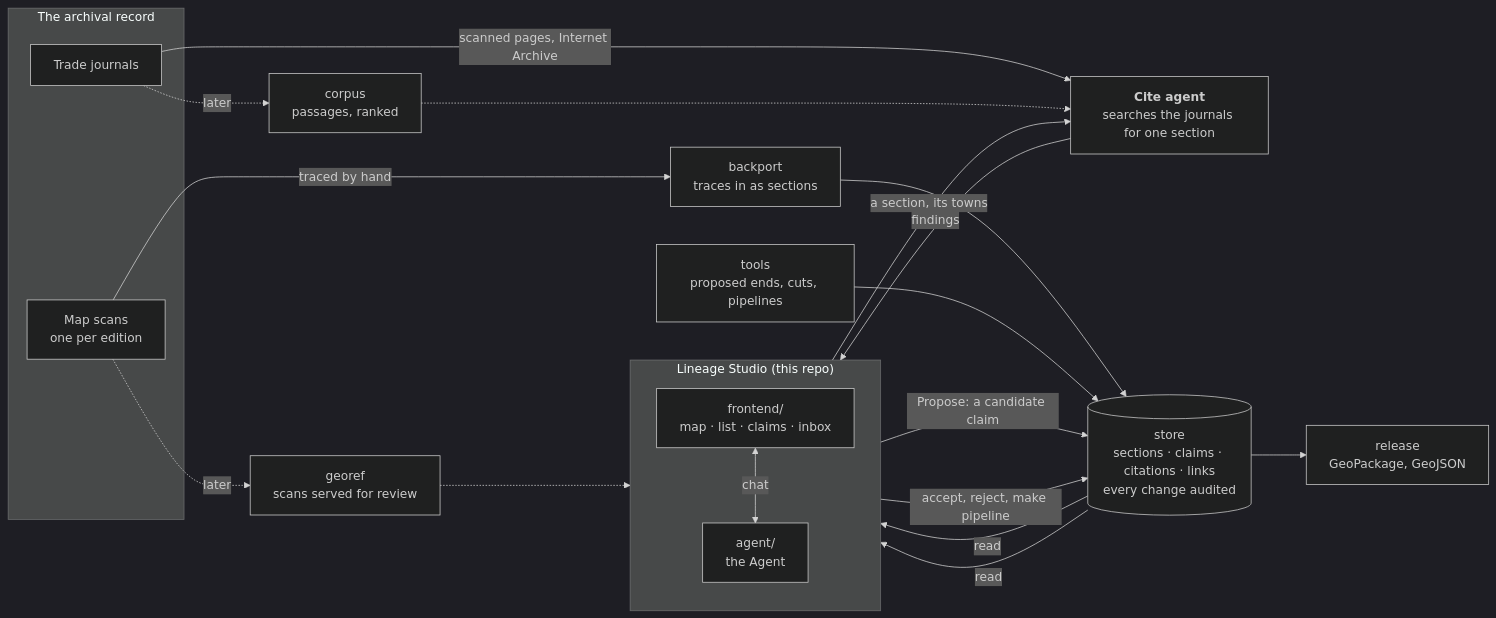
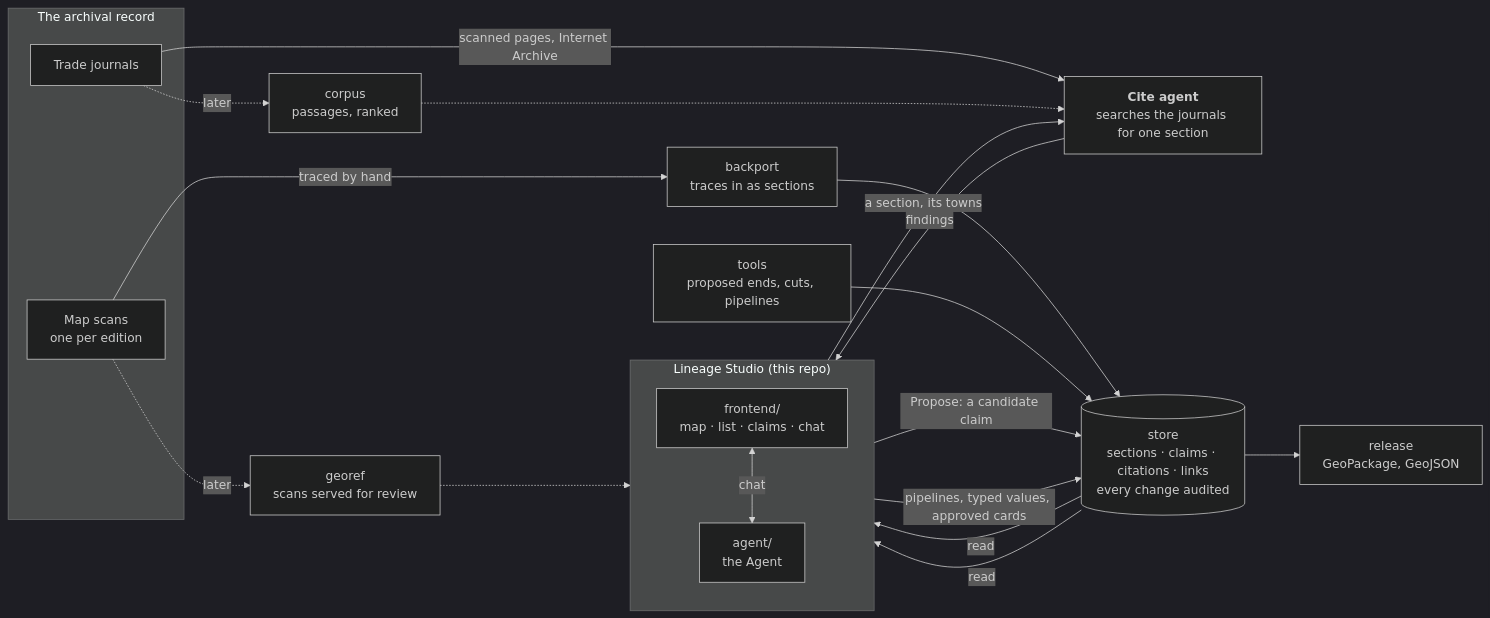
The first of 2 diagrams in README.md (line-age/studio), drawn with Mermaid (dark theme) before and after one commit. The commit also changed other lines of this file and 4 other files, not shown here.

````diff
--- a/README.md
+++ b/README.md
@@ -41,37 +45,37 @@
 ```mermaid
 flowchart LR
     subgraph record["The archival record"]
         maps["Map scans<br/>one per edition"]
         press["Trade journals"]
     end
 
     maps -->|traced by hand| backport["backport<br/>traces in as sections"]
     maps -.->|later| georef["georef<br/>scans served for review"]
     press -->|"scanned pages, Internet Archive"| citeagent
     press -.->|later| corpus["corpus<br/>passages, ranked"]
     corpus -.-> citeagent
 
     citeagent["<b>Cite agent</b><br/>searches the journals for one section"]
 
     backport --> store
     tools["tools<br/>proposed ends, cuts, pipelines"] --> store
 
     store[("store<br/>sections · claims · citations · links<br/>every change audited")]
 
     subgraph studio["Lineage Studio (this repo)"]
         direction TB
-        app["frontend/<br/>map · list · claims · inbox"]
+        app["frontend/<br/>map · list · claims · chat"]
         agent["agent/<br/>the Agent"]
         app <-->|chat| agent
     end
 
     store -->|read| app
     store -->|read| agent
     agent -->|"a section, its towns"| citeagent
     citeagent -->|findings| agent
     agent -->|"Propose: a candidate claim"| store
-    app -->|"accept, reject, make pipeline"| store
+    app -->|"pipelines, typed values, approved cards"| store
     store --> release["release<br/>GeoPackage, GeoJSON"]
 
     georef -.-> app
 ```
````
